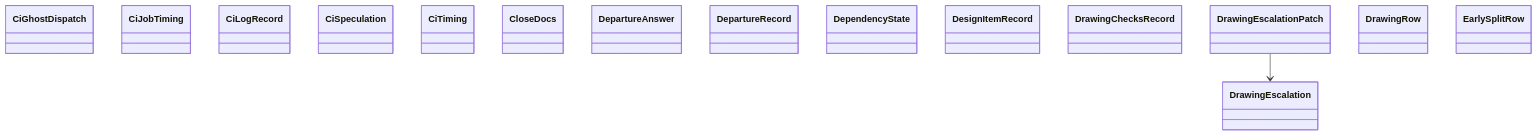
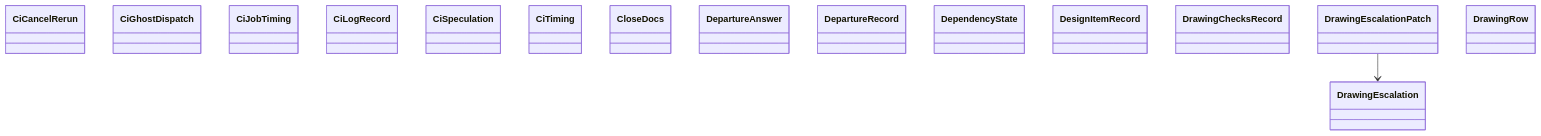
The diagram in docs/architecture/generated/classes-process-domain-state-5.md (GonzaloZevallos/agentic-system), drawn with Mermaid before and after one commit. The commit also changed 11 other files, not shown here.

````diff
--- a/docs/architecture/generated/classes-process-domain-state-5.md
+++ b/docs/architecture/generated/classes-process-domain-state-5.md
@@ -32,19 +32,19 @@
 ```mermaid
 classDiagram
+    class task__CiCancelRerun["CiCancelRerun"]
     class task__CiGhostDispatch["CiGhostDispatch"]
     class task__CiJobTiming["CiJobTiming"]
     class task__CiLogRecord["CiLogRecord"]
     class task__CiSpeculation["CiSpeculation"]
     class task__CiTiming["CiTiming"]
     class task__CloseDocs["CloseDocs"]
     class task__DepartureAnswer["DepartureAnswer"]
     class task__DepartureRecord["DepartureRecord"]
     class task__DependencyState["DependencyState"]
     class task__DesignItemRecord["DesignItemRecord"]
     class task__DrawingChecksRecord["DrawingChecksRecord"]
     class task__DrawingEscalation["DrawingEscalation"]
     class task__DrawingEscalationPatch["DrawingEscalationPatch"]
     class task__DrawingRow["DrawingRow"]
-    class task__EarlySplitRow["EarlySplitRow"]
     task__DrawingEscalationPatch --> task__DrawingEscalation
 ```
````
